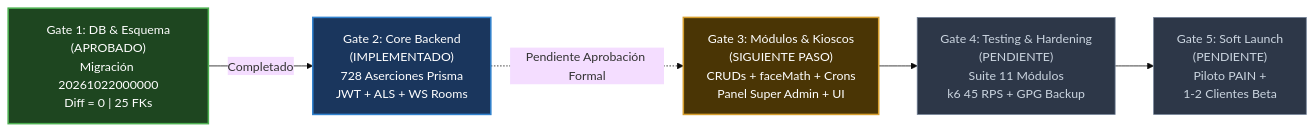
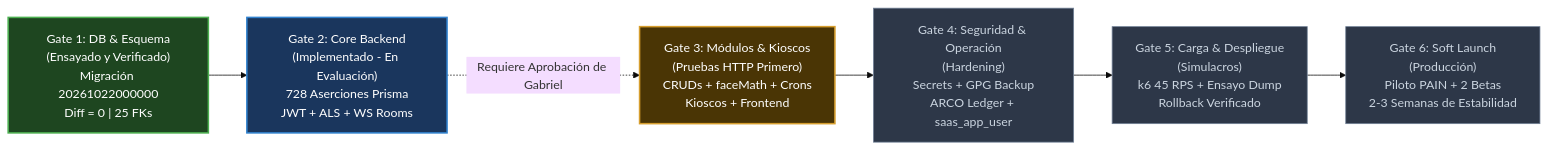
The first of 2 diagrams in docs/saas/saas_multitenant_implementation_plan.md (GabrielAvila5/ReconocimientoFPainProject), drawn with Mermaid (base theme) before and after one commit. The commit also changed other lines of this file, not shown here.

Commit message:
docs(saas): regenerate complete implementation plan v3.0 conforming to all requirements, gates and decision constraints

````diff
--- a/docs/saas/saas_multitenant_implementation_plan.md
+++ b/docs/saas/saas_multitenant_implementation_plan.md
@@ -12,19 +17,22 @@
 ```mermaid
 flowchart LR
-    G1["Gate 1: DB & Esquema\n(APROBADO)\nMigración 20261022000000\nDiff = 0 | 25 FKs"]
-    G2["Gate 2: Core Backend\n(IMPLEMENTADO)\n728 Aserciones Prisma\nJWT + ALS + WS Rooms"]
-    G3["Gate 3: Módulos & Kioscos\n(SIGUIENTE PASO)\nCRUDs + faceMath + Crons\nPanel Super Admin + UI"]
-    G4["Gate 4: Testing & Hardening\n(PENDIENTE)\nSuite 11 Módulos\nk6 45 RPS + GPG Backup"]
-    G5["Gate 5: Soft Launch\n(PENDIENTE)\nPiloto PAIN +\n1-2 Clientes Beta"]
+    G1["Gate 1: DB & Esquema\n(Ensayado y Verificado)\nMigración 20261022000000\nDiff = 0 | 25 FKs"]
+    G2["Gate 2: Core Backend\n(Implementado - En Evaluación)\n728 Aserciones Prisma\nJWT + ALS + WS Rooms"]
+    G3["Gate 3: Módulos & Kioscos\n(Pruebas HTTP Primero)\nCRUDs + faceMath + Crons\nKioscos + Frontend"]
+    G4["Gate 4: Seguridad & Operación\n(Hardening)\nSecrets + GPG Backup\nARCO Ledger + saas_app_user"]
+    G5["Gate 5: Carga & Despliegue\n(Simulacros)\nk6 45 RPS + Ensayo Dump\nRollback Verificado"]
+    G6["Gate 6: Soft Launch\n(Producción)\nPiloto PAIN + 2 Betas\n2-3 Semanas de Estabilidad"]
 
-    G1 -->|Completado| G2
-    G2 -.->|Pendiente Aprobación Formal| G3
+    G1 --> G2
+    G2 -.->|Requiere Aprobación de Gabriel| G3
     G3 --> G4
     G4 --> G5
+    G5 --> G6
 
     style G1 fill:#1e4620,stroke:#4caf50,stroke-width:2px,color:#fff
     style G2 fill:#1a365d,stroke:#3182ce,stroke-width:2px,color:#fff
     style G3 fill:#4a3505,stroke:#d69e2e,stroke-width:2px,color:#fff
     style G4 fill:#2d3748,stroke:#718096,stroke-width:1px,color:#cbd5e0
     style G5 fill:#2d3748,stroke:#718096,stroke-width:1px,color:#cbd5e0
+    style G6 fill:#2d3748,stroke:#718096,stroke-width:1px,color:#cbd5e0
 ```
````
